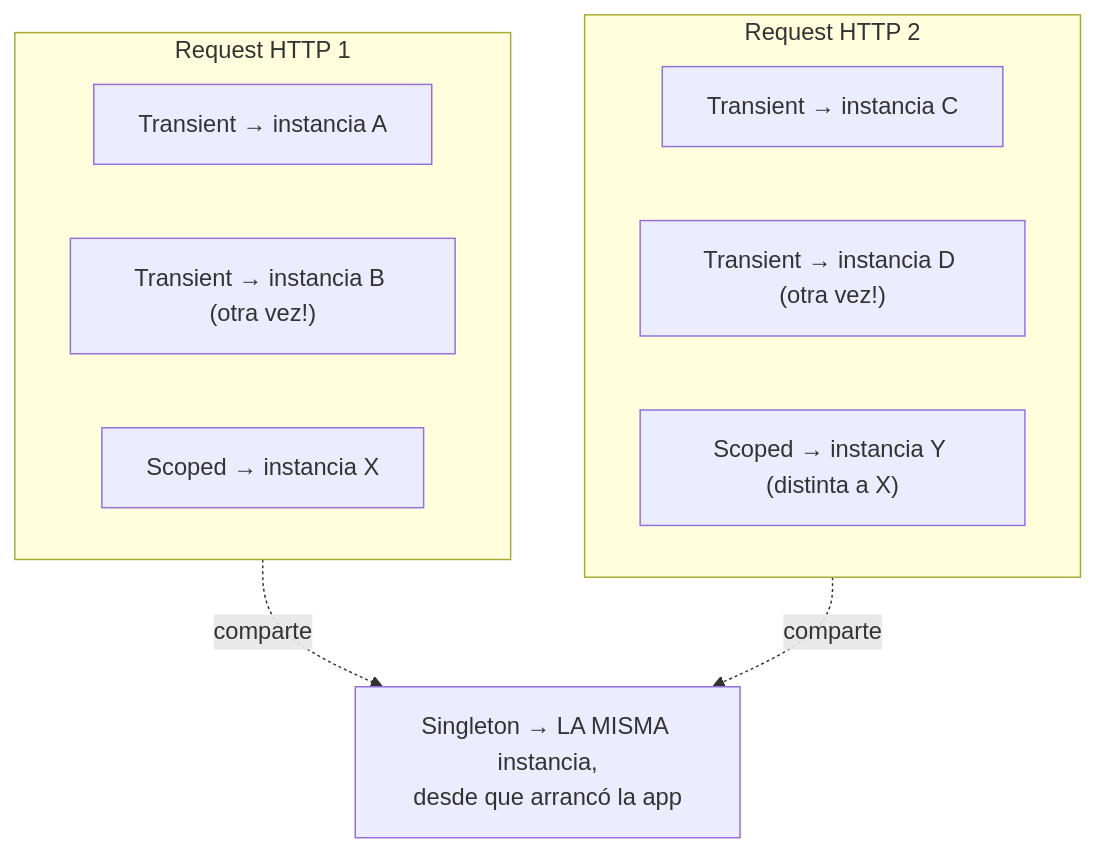
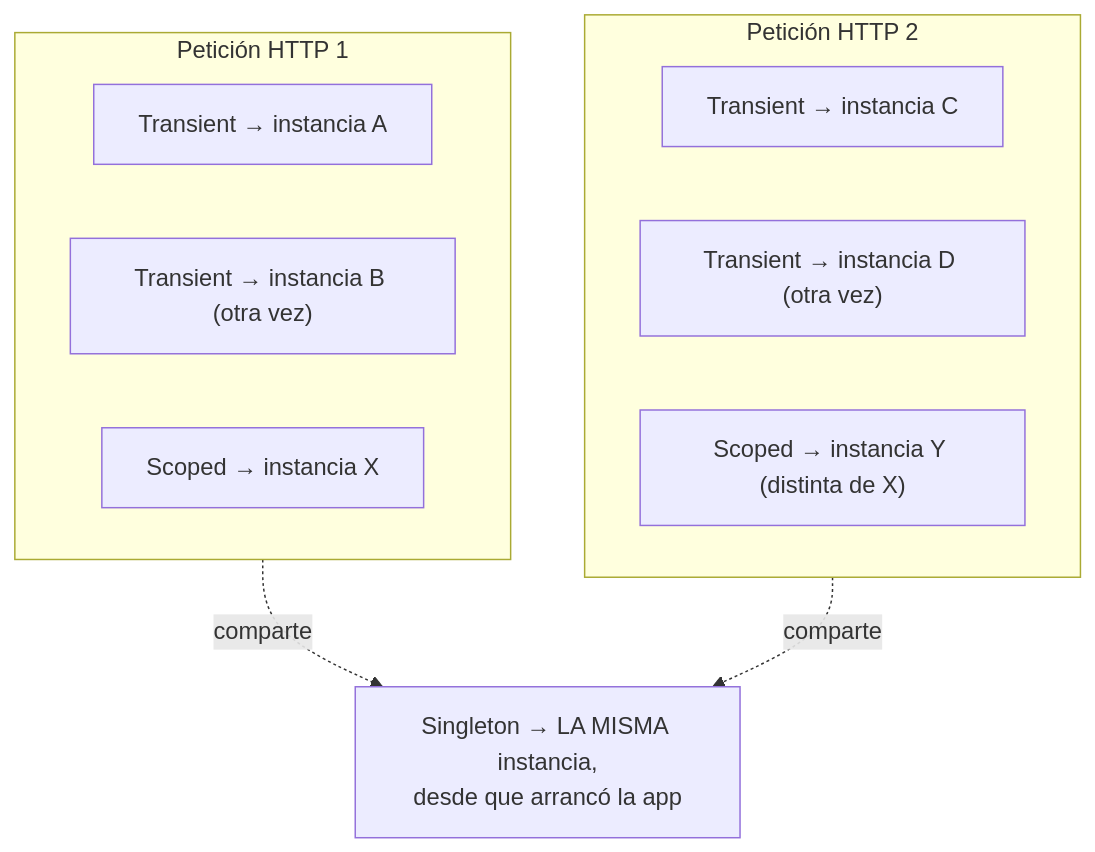
One commit to Carlou134/ssr-developer-roadmap changed the first of 2 diagrams in docs/02-calidad-de-codigo-y-arquitectura/06-inyeccion-de-dependencias.md. Above: the diagram before and after it, drawn with Mermaid. The commit also changed other lines of this file and 13 other files, not shown here.

````diff
--- a/docs/02-calidad-de-codigo-y-arquitectura/06-inyeccion-de-dependencias.md
+++ b/docs/02-calidad-de-codigo-y-arquitectura/06-inyeccion-de-dependencias.md
@@ -35,16 +91,16 @@
 ```mermaid
 flowchart TB
-    subgraph R1["Request HTTP 1"]
+    subgraph R1["Petición HTTP 1"]
         T1["Transient → instancia A"]
-        T2["Transient → instancia B (otra vez!)"]
+        T2["Transient → instancia B (otra vez)"]
         S1["Scoped → instancia X"]
     end
-    subgraph R2["Request HTTP 2"]
+    subgraph R2["Petición HTTP 2"]
         T3["Transient → instancia C"]
-        T4["Transient → instancia D (otra vez!)"]
-        S2["Scoped → instancia Y (distinta a X)"]
+        T4["Transient → instancia D (otra vez)"]
+        S2["Scoped → instancia Y (distinta de X)"]
     end
     SG["Singleton → LA MISMA instancia,<br/>desde que arrancó la app"]
     R1 -.comparte.-> SG
     R2 -.comparte.-> SG
 ```
````
